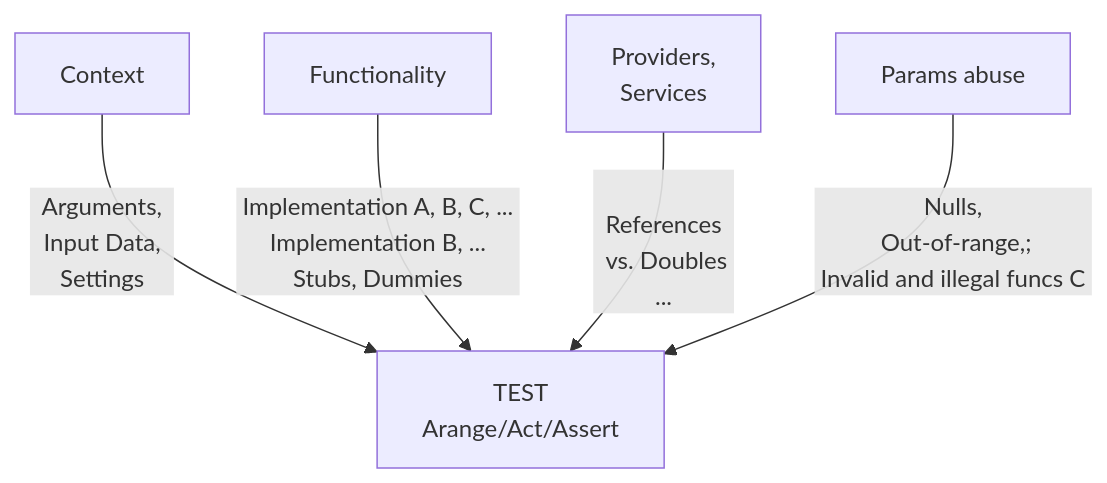
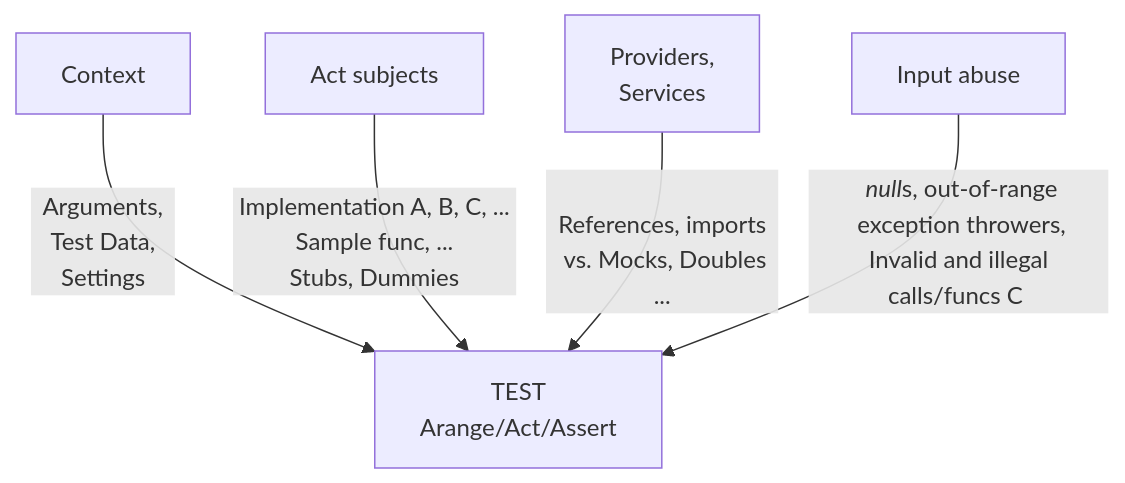
One commit to Kyriosity/use-dev changed the diagram in README+/tests/README+/unit_test-multi_feed.md. Above: the diagram before and after it, drawn with Mermaid. The commit also changed other lines of this file, not shown here.

Commit message:
🐝 unit_test-multi_feed.md

````diff
--- a/README+/tests/README+/unit_test-multi_feed.md
+++ b/README+/tests/README+/unit_test-multi_feed.md
@@ -9,8 +9,8 @@
 ```mermaid
 graph TD
-    idCx[Context] -->|&nbsp;&nbsp;Arguments,&nbsp;&nbsp;<br />&nbsp;&nbsp;Input Data,&nbsp;&nbsp;<br />&nbsp;&nbsp;Settings&nbsp;&nbsp;| UT[TEST<br />Arange/Act/Assert]
-    idFnc[Functionality] -->|&nbsp;Implementation A, B, C, ...&nbsp;<br >&nbsp;Implementation B, ...&nbsp;</br>&nbsp;Stubs, Dummies&nbsp;| UT
-    idSrv[Providers,<br />Services] -->|<br />&nbsp;&nbsp;References&nbsp;&nbsp;<br />&nbsp;vs. Doubles<br />...| UT
-    idAbs[Params abuse] -->|&nbsp;Nulls,&nbsp;<br />&nbsp;&nbsp;Out-of-range,;&nbsp;<br />&nbsp;Invalid and illegal funcs C&nbsp;| UT
+    idCx[Context] -->|&nbsp;&nbsp;Arguments,&nbsp;&nbsp;<br />&nbsp;&nbsp;Test Data,&nbsp;&nbsp;<br />&nbsp;&nbsp;Settings&nbsp;&nbsp;| UT[TEST<br />Arange/Act/Assert]
+    idFnc[Act subjects] -->|&nbsp;Implementation A, B, C, ...&nbsp;<br >&nbsp;Sample func, ...&nbsp;</br>&nbsp;Stubs, Dummies&nbsp;| UT
+    idSrv[Providers,<br />Services] -->|<br />&nbsp;&nbsp;References, imports&nbsp;&nbsp;<br />&nbsp;vs. Mocks, Doubles<br />...| UT
+    idAbs[Input abuse] -->|&nbsp;&nbsp;<i>null</i>s, out-of-range&nbsp;<br />&nbsp;&nbsp;exception throwers,&nbsp;<br />&nbsp;Invalid and illegal calls/funcs C&nbsp;| UT
 
 ```
````
